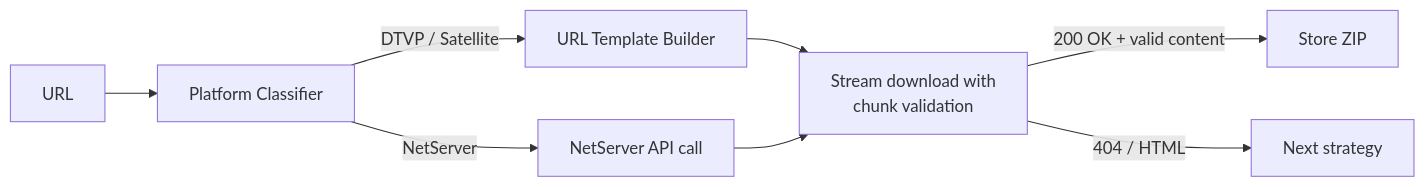
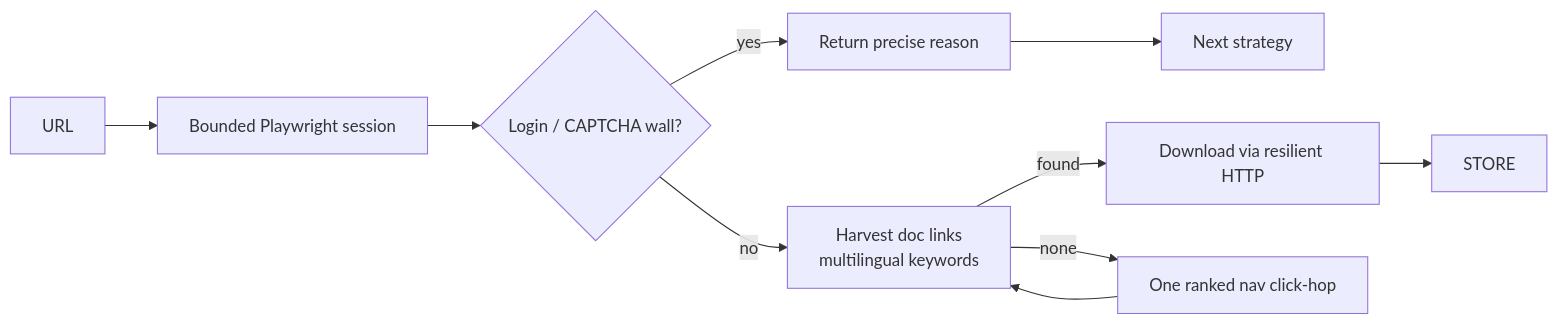
The third of 9 diagrams in docs/PIPELINE.md (Siddharthpatni/Project-1), drawn with Mermaid before and after one commit. The commit also changed other lines of this file and 9 other files, not shown here.

````diff
--- a/docs/PIPELINE.md
+++ b/docs/PIPELINE.md
@@ -99,10 +113,9 @@
 ```mermaid
 flowchart LR
-    URL --> PCF[Platform Classifier]
-    PCF -- DTVP / Satellite --> TMPL[URL Template Builder]
-    PCF -- NetServer --> NS[NetServer API call]
-    TMPL --> DL[Stream download with<br/>chunk validation]
-    NS --> DL
-    DL -- 200 OK + valid content --> STORE[Store ZIP]
-    DL -- 404 / HTML --> NEXT[Next strategy]
+    URL --> OPEN[Bounded Playwright session]
+    OPEN --> WALL{Login / CAPTCHA wall?}
+    WALL -- yes --> REASON[Return precise reason] --> NEXT[Next strategy]
+    WALL -- no --> HARVEST[Harvest doc links<br/>multilingual keywords]
+    HARVEST -- found --> DL[Download via resilient HTTP] --> STORE
+    HARVEST -- none --> HOP[One ranked nav click-hop] --> HARVEST
 ```
````
